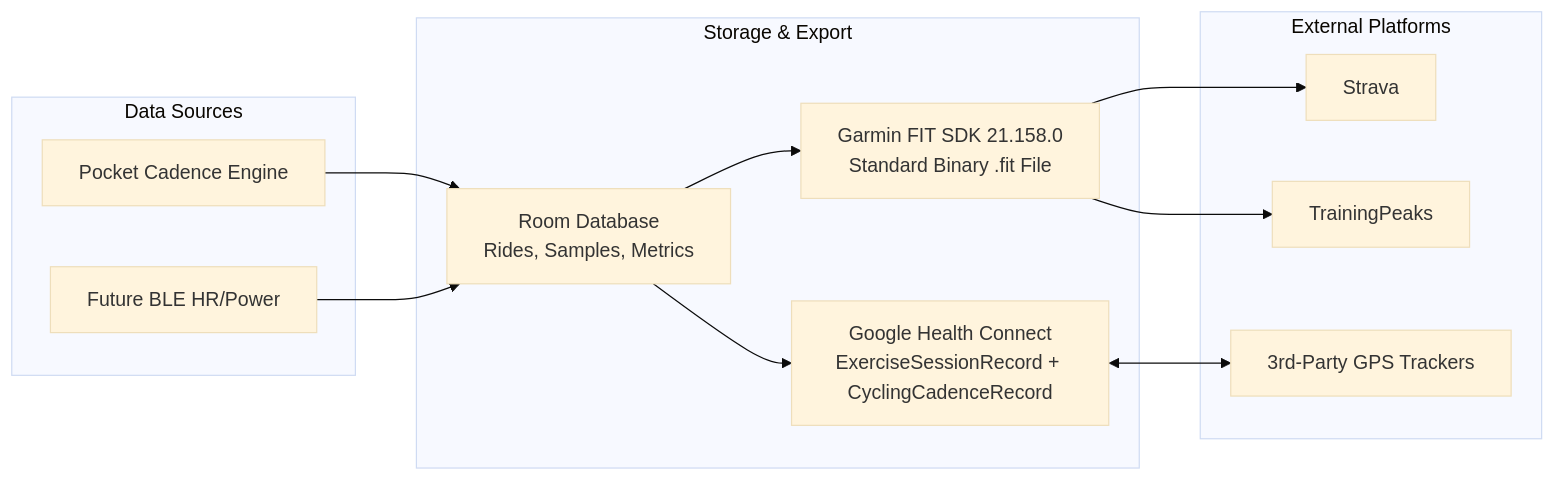
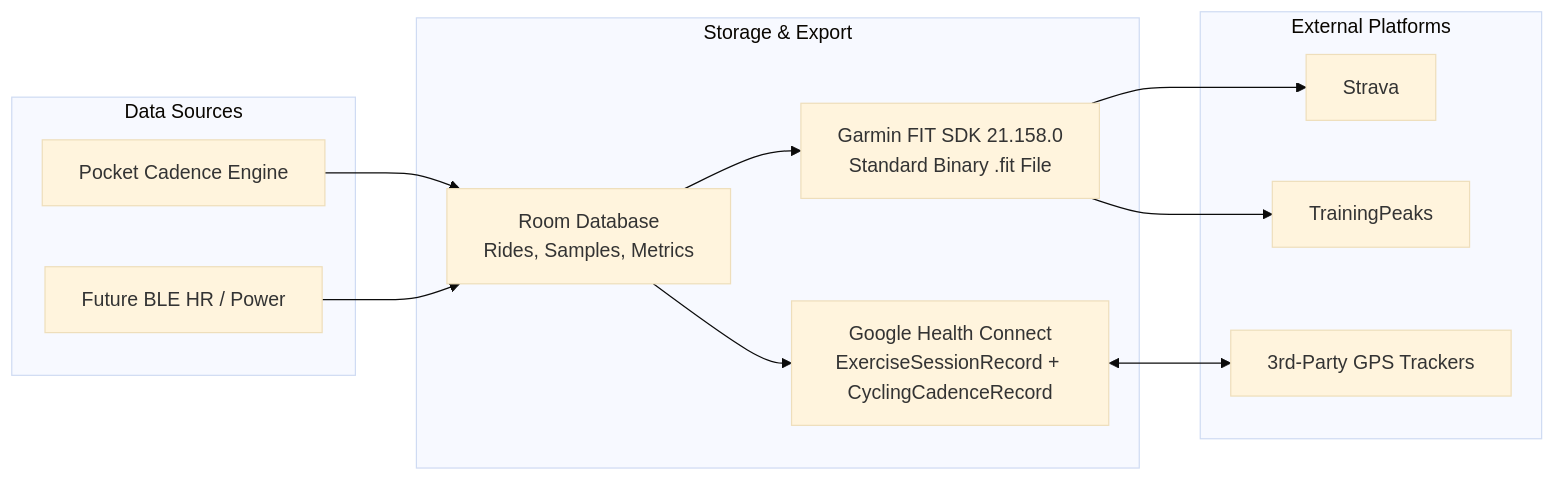
Before and after one commit to deepeshgodara/legbeat: the third of 3 diagrams in docs/android/HLD.md, drawn with Mermaid (base theme). The commit also changed other lines of this file and 1 other file, not shown here.

Commit message:
docs: fix Mermaid diagram syntax and markdown rendering in Android and Wear OS HLDs

````diff
--- a/docs/android/HLD.md
+++ b/docs/android/HLD.md
@@ -131,27 +131,27 @@
 ```mermaid
 graph LR
-    subgraph Data Sources
-        LocalCadence[Pocket Cadence Engine]
-        BleSensors[Future BLE HR/Power]
+    subgraph Data_Sources ["Data Sources"]
+        LocalCadence["Pocket Cadence Engine"]
+        BleSensors["Future BLE HR / Power"]
     end
 
-    subgraph Storage & Export
-        Room[Room Database<br/>Rides, Samples, Metrics]
-        HC[Google Health Connect<br/>ExerciseSessionRecord + CyclingCadenceRecord]
-        FIT[Garmin FIT SDK 21.158.0<br/>Standard Binary .fit File]
+    subgraph Storage_Export ["Storage & Export"]
+        Room["Room Database<br/>Rides, Samples, Metrics"]
+        HC["Google Health Connect<br/>ExerciseSessionRecord + CyclingCadenceRecord"]
+        FIT["Garmin FIT SDK 21.158.0<br/>Standard Binary .fit File"]
     end
 
-    subgraph External Platforms
-        Strava[Strava]
-        TP[TrainingPeaks]
-        OtherApps[3rd-Party GPS Trackers]
+    subgraph External_Platforms ["External Platforms"]
+        Strava["Strava"]
+        TP["TrainingPeaks"]
+        OtherApps["3rd-Party GPS Trackers"]
     end
 
     LocalCadence --> Room
     BleSensors --> Room
     Room --> FIT
     Room --> HC
     FIT --> Strava
     FIT --> TP
     HC <--> OtherApps
 ```
````
